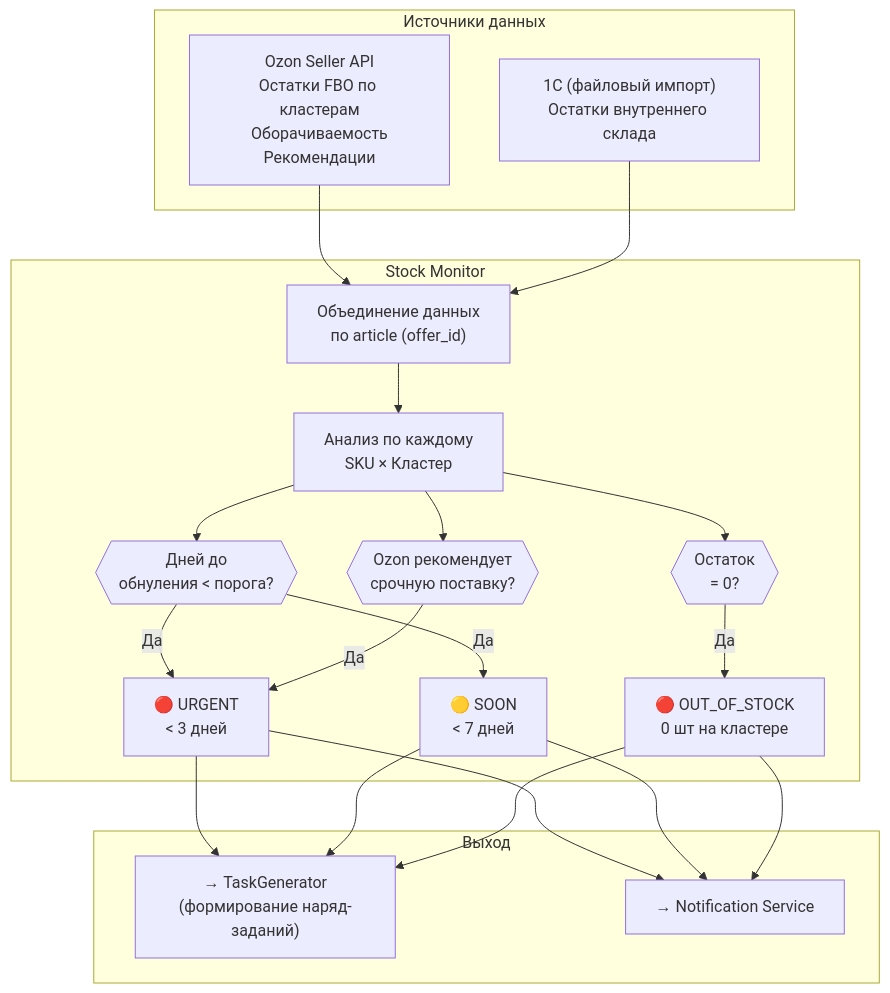
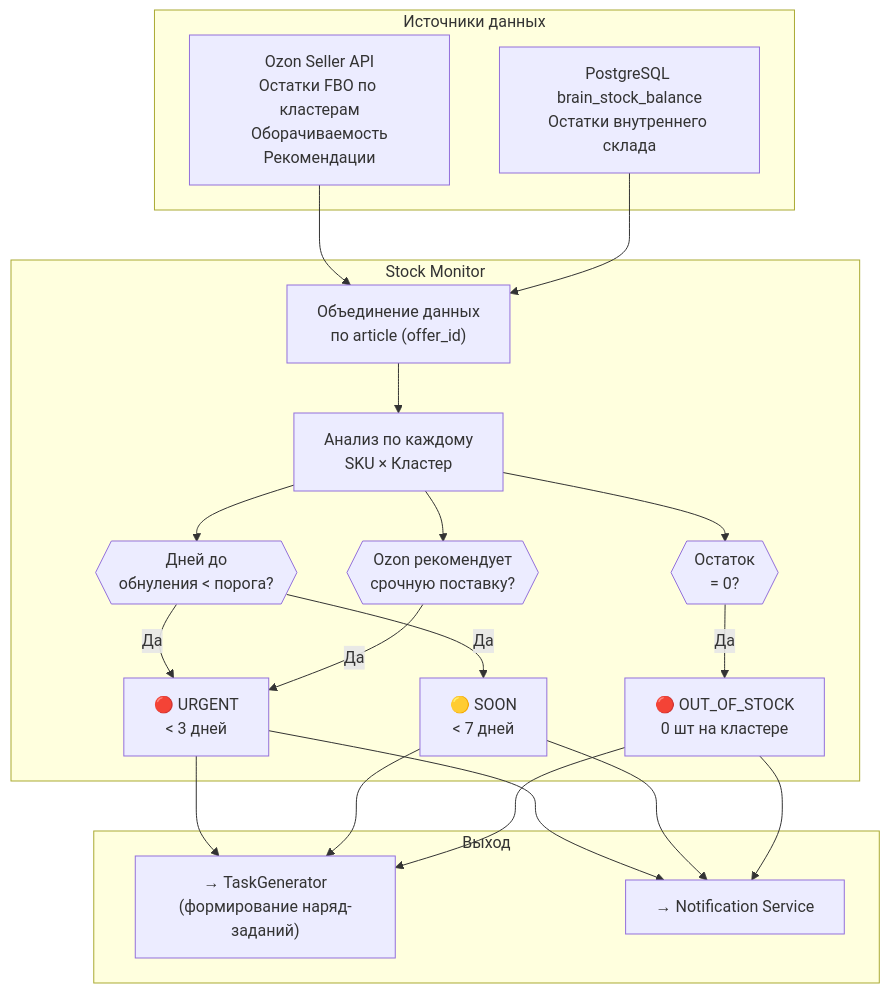
The first of 3 diagrams in logistic/adolf_logistic_3_stock_monitor.md (Sign25/Docs), drawn with Mermaid before and after one commit. The commit also changed other lines of this file, not shown here.

Commit message:
Logistic Раздел 3: v2.1 — dual-source из brain_stock_balance вместо файлового импорта

````diff
--- a/logistic/adolf_logistic_3_stock_monitor.md
+++ b/logistic/adolf_logistic_3_stock_monitor.md
@@ -28,37 +28,37 @@
 ```mermaid
 flowchart TD
     subgraph SOURCES["Источники данных"]
         OZON["Ozon Seller API<br/>Остатки FBO по кластерам<br/>Оборачиваемость<br/>Рекомендации"]
-        ONE_C["1С (файловый импорт)<br/>Остатки внутреннего склада"]
+        ONE_C["PostgreSQL brain_stock_balance<br/>Остатки внутреннего склада"]
     end
     
     subgraph MONITOR["Stock Monitor"]
         MERGE["Объединение данных<br/>по article (offer_id)"]
         ANALYZE["Анализ по каждому<br/>SKU × Кластер"]
         
         CHECK_DAYS{{"Дней до<br/>обнуления < порога?"}}
         CHECK_OZON{{"Ozon рекомендует<br/>срочную поставку?"}}
         CHECK_ZERO{{"Остаток<br/>= 0?"}}
         
         ALERT_URGENT["🔴 URGENT<br/>< 3 дней"]
         ALERT_SOON["🟡 SOON<br/>< 7 дней"]
         ALERT_OOS["🔴 OUT_OF_STOCK<br/>0 шт на кластере"]
     end
     
     subgraph OUTPUT["Выход"]
         SUPPLY_TASKS["→ TaskGenerator<br/>(формирование наряд-заданий)"]
         NOTIFY["→ Notification Service"]
     end
     
     OZON --> MERGE
     ONE_C --> MERGE
     MERGE --> ANALYZE
     
     ANALYZE --> CHECK_DAYS & CHECK_OZON & CHECK_ZERO
     
     CHECK_DAYS -->|Да| ALERT_URGENT & ALERT_SOON
     CHECK_OZON -->|Да| ALERT_URGENT
     CHECK_ZERO -->|Да| ALERT_OOS
     
     ALERT_URGENT & ALERT_SOON & ALERT_OOS --> SUPPLY_TASKS & NOTIFY
 ```
````
